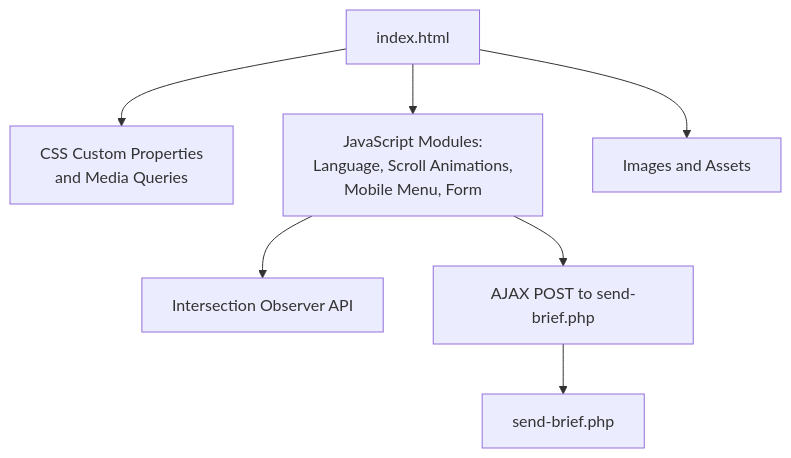
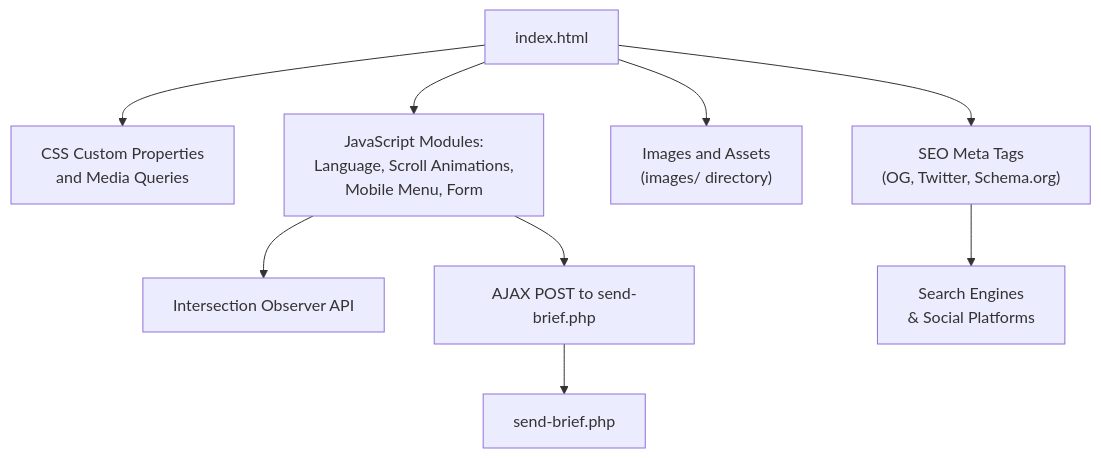
The first of 8 diagrams in .qoder/repowiki/en/content/Frontend Implementation.md (Vostrikov2014/emoo), drawn with Mermaid before and after one commit. The commit also changed other lines of this file and 14 other files, not shown here.

````diff
--- a/.qoder/repowiki/en/content/Frontend Implementation.md
+++ b/.qoder/repowiki/en/content/Frontend Implementation.md
@@ -32,9 +45,11 @@
 ```mermaid
 graph TB
 A["index.html"] --> B["CSS Custom Properties<br/>and Media Queries"]
 A --> C["JavaScript Modules:<br/>Language, Scroll Animations,<br/>Mobile Menu, Form"]
 C --> D["Intersection Observer API"]
 C --> E["AJAX POST to send-brief.php"]
 E --> F["send-brief.php"]
-A --> G["Images and Assets"]
+A --> G["Images and Assets<br/>(images/ directory)"]
+A --> H["SEO Meta Tags<br/>(OG, Twitter, Schema.org)"]
+H --> I["Search Engines<br/>& Social Platforms"]
 ```
````
